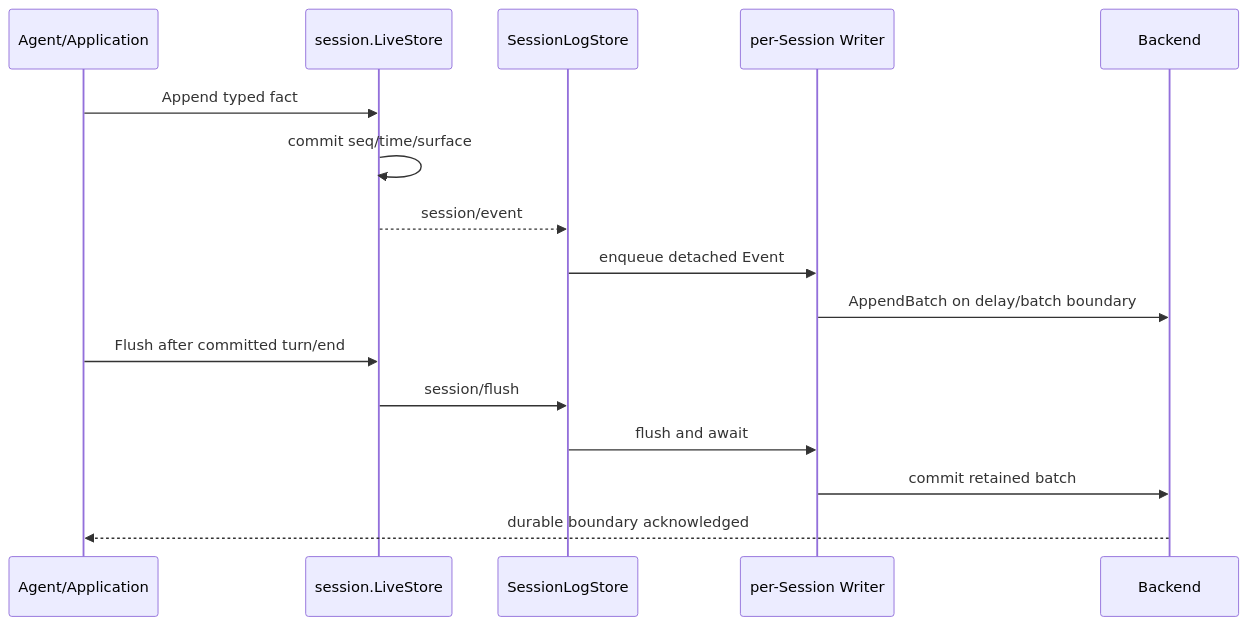
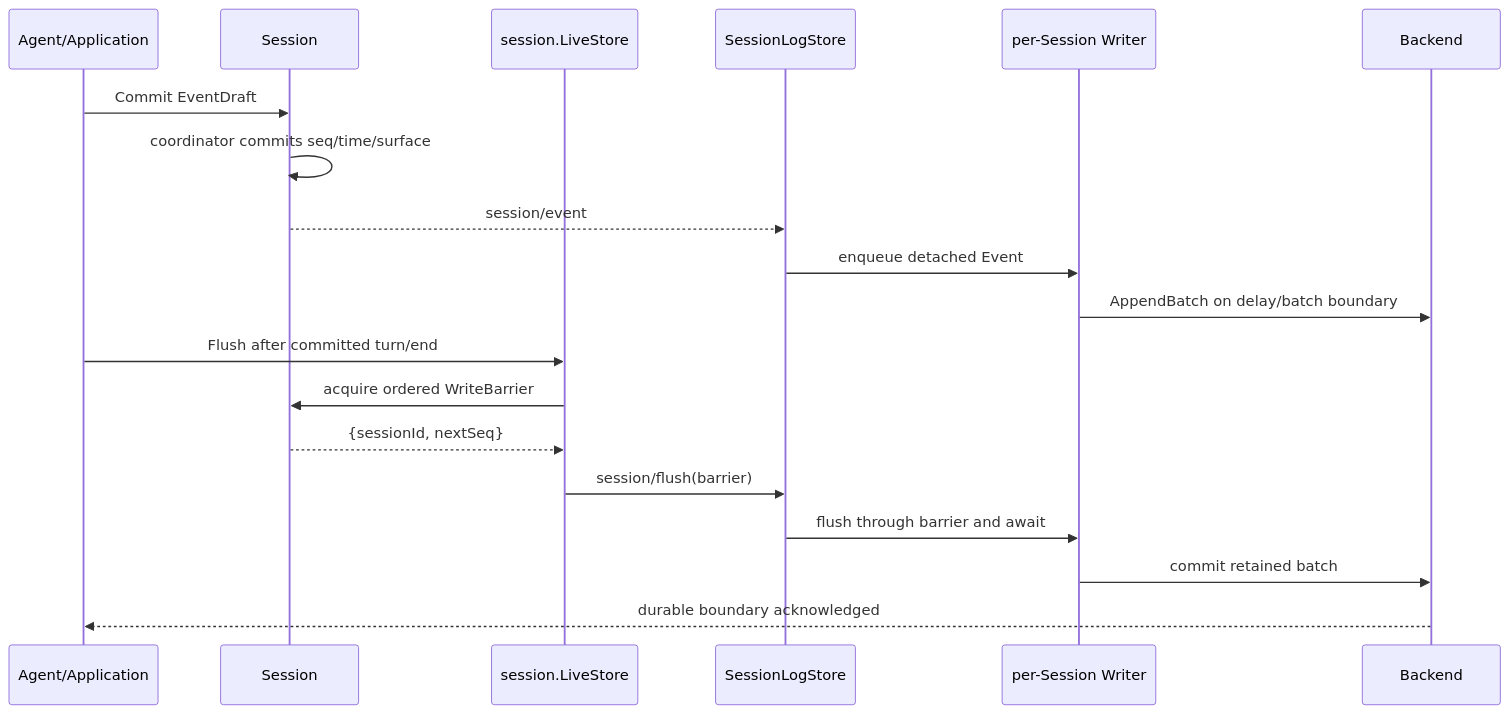
The second of 3 diagrams in zh-CN/19-session-persistence-and-sqlite.md (gorenx/goren), drawn with Mermaid before and after one commit. The commit also changed other lines of this file and 20 other files, not shown here.

Commit message:
docs(session): document coordinated write architecture

````diff
--- a/zh-CN/19-session-persistence-and-sqlite.md
+++ b/zh-CN/19-session-persistence-and-sqlite.md
@@ -75,18 +75,21 @@
 ```mermaid
 sequenceDiagram
     participant U as Agent/Application
-    participant S as session.LiveStore
+    participant S as Session
+    participant L as session.LiveStore
     participant C as SessionLogStore
     participant W as per-Session Writer
     participant B as Backend
-    U->>S: Append typed fact
-    S->>S: commit seq/time/surface
+    U->>S: Commit EventDraft
+    S->>S: coordinator commits seq/time/surface
     S-->>C: session/event
     C->>W: enqueue detached Event
     W->>B: AppendBatch on delay/batch boundary
-    U->>S: Flush after committed turn/end
-    S->>C: session/flush
-    C->>W: flush and await
+    U->>L: Flush after committed turn/end
+    L->>S: acquire ordered WriteBarrier
+    S-->>L: {sessionId, nextSeq}
+    L->>C: session/flush(barrier)
+    C->>W: flush through barrier and await
     W->>B: commit retained batch
     B-->>U: durable boundary acknowledged
 ```
````
